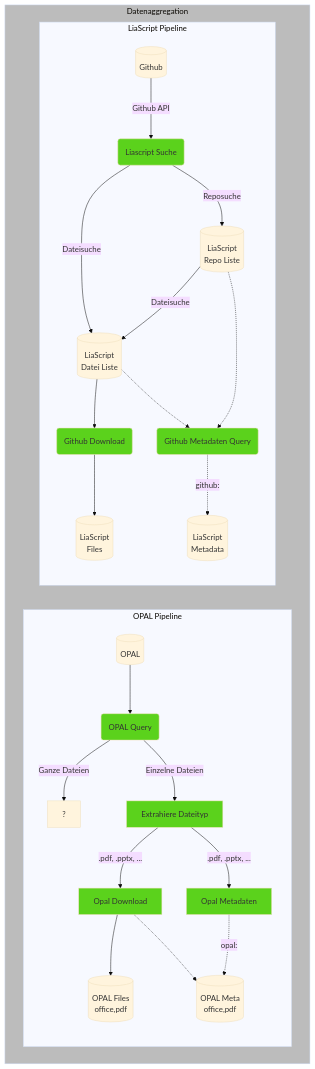
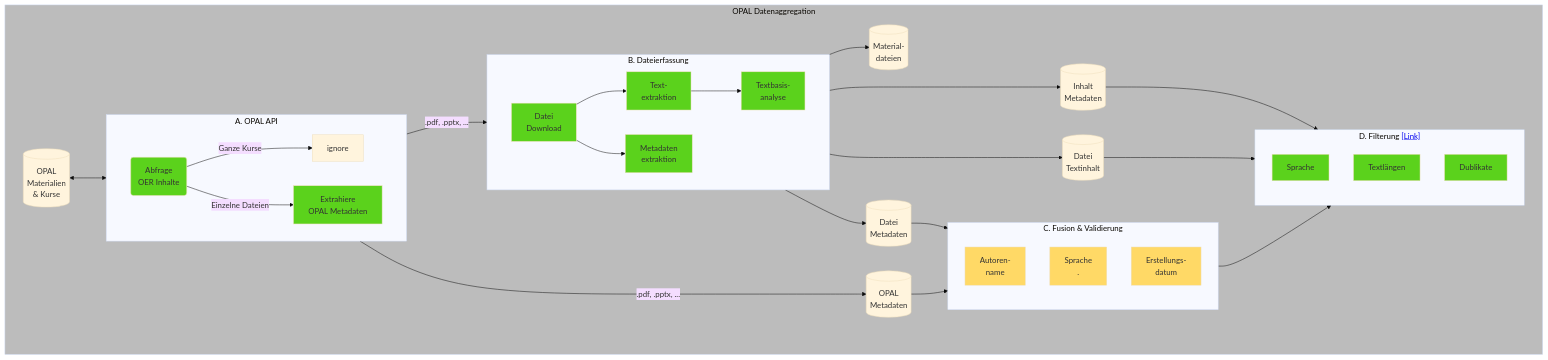
The first of 2 diagrams in README.md (TUBAF-IFI-ConnectedLecturer/Data_aggregation), drawn with Mermaid (base theme) before and after one commit. The commit also changed other lines of this file, not shown here.

````diff
--- a/README.md
+++ b/README.md
@@ -53,39 +53,70 @@
 ```mermaid
 flowchart TD
 
     classDef green fill:#5bd21c
     classDef yellow fill:#ffd966
     classDef gray fill:#bcbcbc
 
-    subgraph Datenaggregation
-    subgraph OPAL Pipeline  
-    direction TB
-    OPAL[(OPAL)] --> OPAL_QUERY(OPAL Query):::green
-    OPAL_QUERY --> |Ganze  Dateien| OPAL_REPOS[?]
-    OPAL_QUERY --> |Einzelne Dateien| TYPE_FILTER[Extrahiere Dateityp]:::green
-    TYPE_FILTER -->  |.pdf, .pptx, ... | OPAL_DOWNLOAD[Opal Download]:::green
-    TYPE_FILTER -->  |.pdf, .pptx, ... | EXTRACT_OPAL_META[Opal Metadaten]:::green
-    OPAL_DOWNLOAD -->  OPAL_FILES[(OPAL Files<br>office,pdf)]
-    OPAL_DOWNLOAD -.->  OPAL_METADATA_FILES[(OPAL Meta<br>office,pdf)]
-    EXTRACT_OPAL_META -. opal: .->  OPAL_METADATA_FILES[(OPAL Meta<br>office,pdf)]
-    end    
+    
+    subgraph BASIC[OPAL Datenaggregation]
 
-    subgraph LiaScript Pipeline
-    direction TB
-    LIA_IDENT(Liascript Suche)
-    GITHUB[(Github)] --> |Github API| LIA_IDENT:::green
-    LIA_REPOS --> |Dateisuche| LIA_FILES
-    LIA_IDENT --> |Dateisuche| LIA_FILES[(LiaScript<br>Datei Liste)]
-    LIA_IDENT --> |Reposuche| LIA_REPOS[(LiaScript<br>Repo Liste)]
+    OPAL[(OPAL <br> Materialien <br> & Kurse)] 
 
-    LIA_FILES -->  GITHUB_DOWNLOAD(Github Download):::green
-    GITHUB_DOWNLOAD -->  LIA_FILES_[(LiaScript<br>Files)]
-    LIA_REPOS -.-> FEATURE_EXTRACTION_LIA(Github Metadaten Query)
-    FEATURE_EXTRACTION_LIA  -. github: .->  LIA_METADATA_FILES[(LiaScript<br>Metadata)]
-    LIA_FILES -.-> FEATURE_EXTRACTION_LIA
-    FEATURE_EXTRACTION_LIA:::green
-    end  
+    subgraph A. OPAL API
+    direction LR
+    OPAL_QUERY(Abfrage <br>OER Inhalte):::green
+    OPAL_QUERY --> |Ganze  Kurse| OPAL_REPOS[ignore]
+    OPAL_QUERY --> |Einzelne Dateien| TYPE_FILTER[Extrahiere <br>OPAL Metadaten]:::green
+    
+    end
+    OPAL<--> OPAL_QUERY
+
+    subgraph FILE_AGG["B. "Dateierfassung]
+    direction LR
+    FILE_DOWNLOAD[Datei<br>Download]:::green --> TEXT_EXTRAKTION[Text-<br>extraktion]:::green --> TEXT_ANALYSIS[Textbasis-<br>analyse]:::green
+    FILE_DOWNLOAD --> FILE_METADATA_EXTRACTION[Metadaten<br>extraktion]:::green
     end
 
-    class Datenaggregation, gray
+    TYPE_FILTER -->  |.pdf, .pptx, ... | FILE_DOWNLOAD
+
+    OPAL_FILES[(Material-<br>dateien)]
+    FILE_DOWNLOAD --> OPAL_FILES
+
+    FILE_METADATA[(Datei<br>Metadaten)]
+    FILE_METADATA_EXTRACTION --> FILE_METADATA
+
+    OPAL_METADATA[(OPAL<br>Metadaten)]
+    TYPE_FILTER --> |.pdf, .pptx, ... | OPAL_METADATA
+
+    OPAL_CONTENT[(Datei<br>Textinhalt)]
+    TEXT_EXTRAKTION --> OPAL_CONTENT
+
+    CONTENT_METADATA[(Inhalt<br> Metadaten)]
+    TEXT_ANALYSIS --> CONTENT_METADATA
+
+    subgraph FUSION["C. "Fusion & Validierung]
+    direction TB
+    ABC[Autoren-<br>name]:::yellow
+    CDE[Sprache<br>.]:::yellow
+    EFG[Erstellungs-<br>datum]:::yellow
+
+    end
+
+    subgraph FILTER["D. Filterung <a href='http://google.com'>[Link]</a>"]
+    direction TB
+    Sprache:::green
+    Textlängen:::green
+    Dublikate:::green
+    end
+
+    CONTENT_METADATA --> FILTER
+    FILE_METADATA --> FUSION
+    OPAL_METADATA --> FUSION
+    OPAL_CONTENT --> FILTER
+
+    FUSION --> FILTER
+
+    end
+
+    class BASIC, gray
 ```
````
